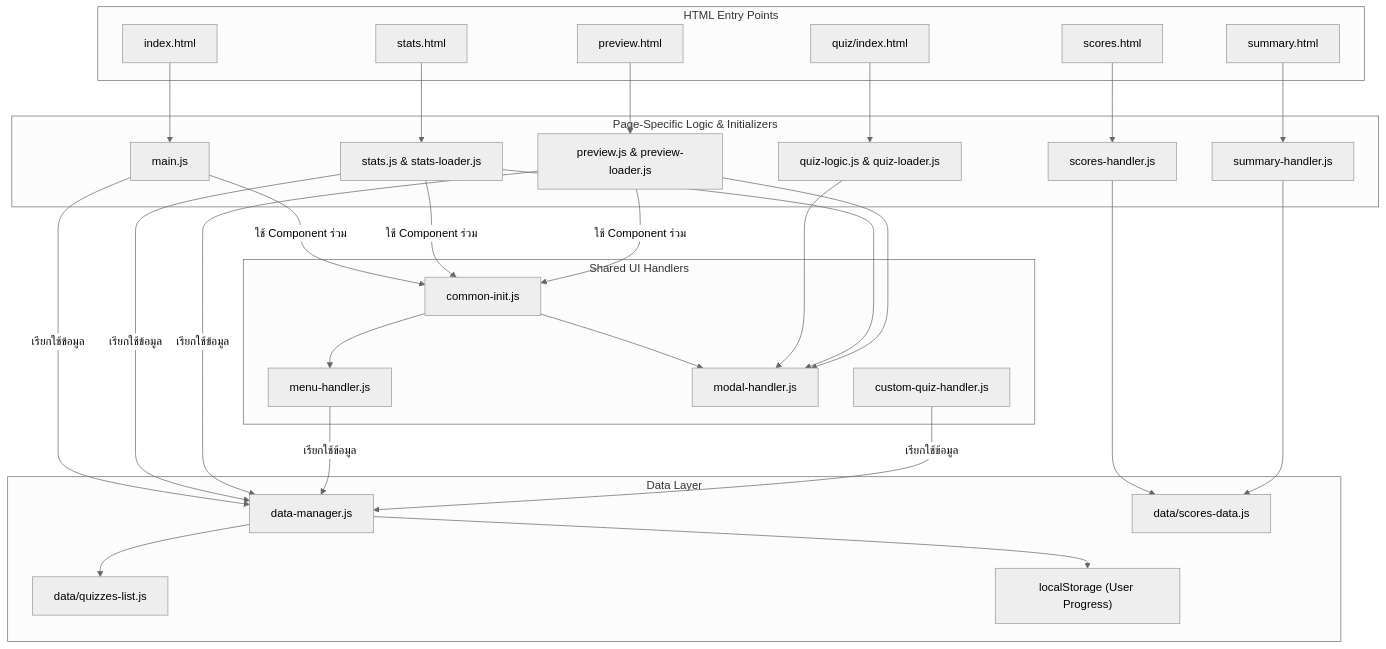
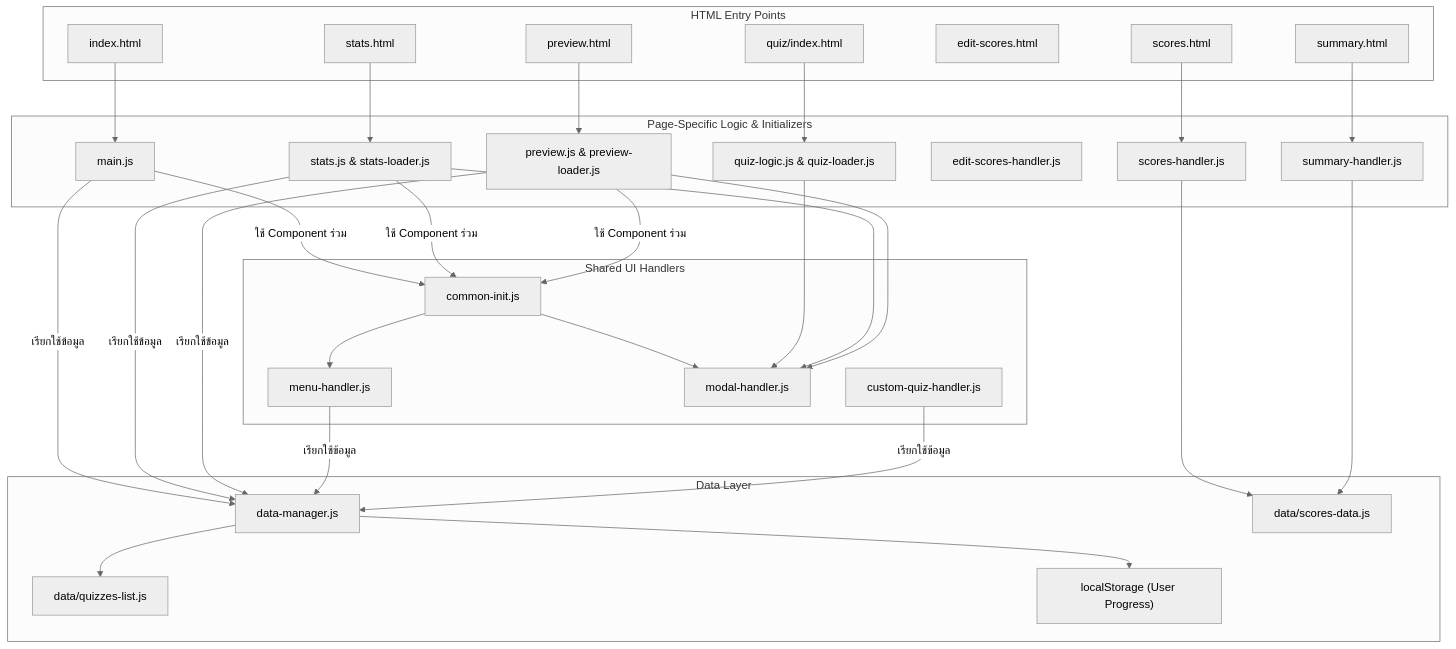
One commit to golftaweerak/Physics-and-EarthScience-Quiz changed the diagram in README.md. Above: the diagram before and after it, drawn with Mermaid (neutral theme). The commit also changed other lines of this file and 1 other file, not shown here.

````diff
--- a/README.md
+++ b/README.md
@@ -125,56 +125,58 @@
 ```mermaid
 graph TD
     subgraph "HTML Entry Points"
         HTML_Index["index.html"]
         HTML_Quiz["quiz/index.html"]
         HTML_Stats["stats.html"]
         HTML_Scores["scores.html"]
+        HTML_EditScores["edit-scores.html"]
         HTML_Summary["summary.html"]
         HTML_Preview["preview.html"]
     end
 
     subgraph "Page-Specific Logic & Initializers"
         Logic_Main["main.js"]
         Logic_Quiz["quiz-logic.js & quiz-loader.js"]
         Logic_Stats["stats.js & stats-loader.js"]
         Logic_Scores["scores-handler.js"]
+        Logic_EditScores["edit-scores-handler.js"]
         Logic_Summary["summary-handler.js"]
         Logic_Preview["preview.js & preview-loader.js"]
     end
 
     subgraph "Shared UI Handlers"
         Handler_Menu["menu-handler.js"]
         Handler_Modal["modal-handler.js"]
         Handler_CustomQuiz["custom-quiz-handler.js"]
         Handler_Common["common-init.js"]
     end
 
     subgraph "Data Layer"
         Data_Manager["data-manager.js"]
         Data_QuizList["data/quizzes-list.js"]
         Data_Scores["data/scores-data.js"]
         Data_LocalStorage["localStorage (User Progress)"]
     end
 
     HTML_Index --> Logic_Main
     HTML_Quiz --> Logic_Quiz
     HTML_Stats --> Logic_Stats
     HTML_Scores --> Logic_Scores
     HTML_Summary --> Logic_Summary
     HTML_Preview --> Logic_Preview
 
     Logic_Main & Logic_Stats & Logic_Preview -- "ใช้ Component ร่วม" --> Handler_Common
     Handler_Common --> Handler_Menu
     Handler_Common --> Handler_Modal
 
     Logic_Quiz --> Handler_Modal
     Logic_Stats --> Handler_Modal
     Logic_Preview --> Handler_Modal
 
     Logic_Main & Logic_Stats & Logic_Preview & Handler_Menu & Handler_CustomQuiz -- "เรียกใช้ข้อมูล" --> Data_Manager
   
     Data_Manager --> Data_QuizList
     Data_Manager --> Data_LocalStorage
     Logic_Scores --> Data_Scores
     Logic_Summary --> Data_Scores
 ```
````
